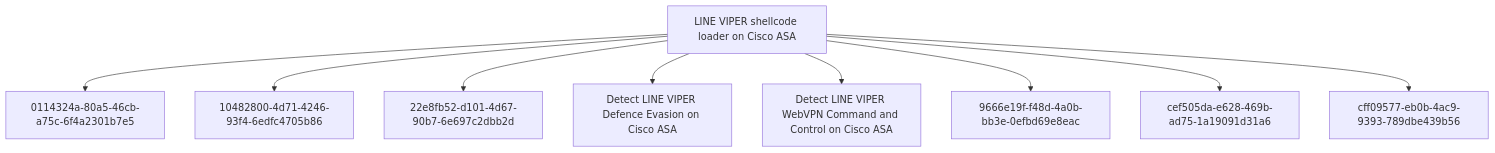
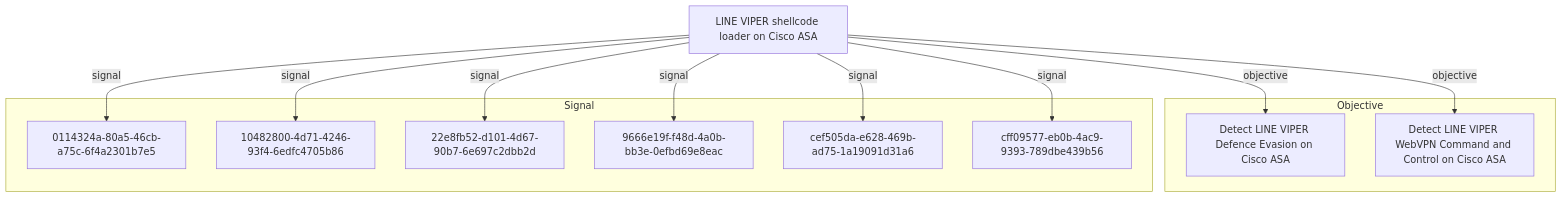
The second of 2 diagrams in docs/threats/line-viper-shellcode-loader-on-cisco-asa.md (opentidehq/library), drawn with Mermaid before and after one commit. The commit also changed other lines of this file and 277 other files, not shown here.

````diff
--- a/docs/threats/line-viper-shellcode-loader-on-cisco-asa.md
+++ b/docs/threats/line-viper-shellcode-loader-on-cisco-asa.md
@@ -127,20 +191,24 @@
 ```mermaid
 flowchart TB
-b6175f16_2b61_4116_bd97_de54b02b197e["LINE VIPER shellcode loader on Cisco ASA"]
+subgraph "Objective"
+7c0f2788_690e_4d34_b9eb_5f76e7363ccc["Detect LINE VIPER Defence Evasion on Cisco ASA"]
+8546b0d8_c9e1_4a51_bf64_2b93c4159ebf["Detect LINE VIPER WebVPN Command and Control on Cisco ASA"]
+end
+subgraph "Signal"
 0114324a_80a5_46cb_a75c_6f4a2301b7e5["0114324a-80a5-46cb-a75c-6f4a2301b7e5"]
 10482800_4d71_4246_93f4_6edfc4705b86["10482800-4d71-4246-93f4-6edfc4705b86"]
 22e8fb52_d101_4d67_90b7_6e697c2dbb2d["22e8fb52-d101-4d67-90b7-6e697c2dbb2d"]
-7c0f2788_690e_4d34_b9eb_5f76e7363ccc["Detect LINE VIPER Defence Evasion on Cisco ASA"]
-8546b0d8_c9e1_4a51_bf64_2b93c4159ebf["Detect LINE VIPER WebVPN Command and Control on Cisco ASA"]
 9666e19f_f48d_4a0b_bb3e_0efbd69e8eac["9666e19f-f48d-4a0b-bb3e-0efbd69e8eac"]
 cef505da_e628_469b_ad75_1a19091d31a6["cef505da-e628-469b-ad75-1a19091d31a6"]
 cff09577_eb0b_4ac9_9393_789dbe439b56["cff09577-eb0b-4ac9-9393-789dbe439b56"]
-b6175f16_2b61_4116_bd97_de54b02b197e --> 0114324a_80a5_46cb_a75c_6f4a2301b7e5
-b6175f16_2b61_4116_bd97_de54b02b197e --> 10482800_4d71_4246_93f4_6edfc4705b86
-b6175f16_2b61_4116_bd97_de54b02b197e --> 22e8fb52_d101_4d67_90b7_6e697c2dbb2d
-b6175f16_2b61_4116_bd97_de54b02b197e --> 7c0f2788_690e_4d34_b9eb_5f76e7363ccc
-b6175f16_2b61_4116_bd97_de54b02b197e --> 8546b0d8_c9e1_4a51_bf64_2b93c4159ebf
-b6175f16_2b61_4116_bd97_de54b02b197e --> 9666e19f_f48d_4a0b_bb3e_0efbd69e8eac
-b6175f16_2b61_4116_bd97_de54b02b197e --> cef505da_e628_469b_ad75_1a19091d31a6
-b6175f16_2b61_4116_bd97_de54b02b197e --> cff09577_eb0b_4ac9_9393_789dbe439b56
+end
+b6175f16_2b61_4116_bd97_de54b02b197e["LINE VIPER shellcode loader on Cisco ASA"]
+b6175f16_2b61_4116_bd97_de54b02b197e -->|objective| 7c0f2788_690e_4d34_b9eb_5f76e7363ccc
+b6175f16_2b61_4116_bd97_de54b02b197e -->|objective| 8546b0d8_c9e1_4a51_bf64_2b93c4159ebf
+b6175f16_2b61_4116_bd97_de54b02b197e -->|signal| 0114324a_80a5_46cb_a75c_6f4a2301b7e5
+b6175f16_2b61_4116_bd97_de54b02b197e -->|signal| 10482800_4d71_4246_93f4_6edfc4705b86
+b6175f16_2b61_4116_bd97_de54b02b197e -->|signal| 22e8fb52_d101_4d67_90b7_6e697c2dbb2d
+b6175f16_2b61_4116_bd97_de54b02b197e -->|signal| 9666e19f_f48d_4a0b_bb3e_0efbd69e8eac
+b6175f16_2b61_4116_bd97_de54b02b197e -->|signal| cef505da_e628_469b_ad75_1a19091d31a6
+b6175f16_2b61_4116_bd97_de54b02b197e -->|signal| cff09577_eb0b_4ac9_9393_789dbe439b56
 ```
````
